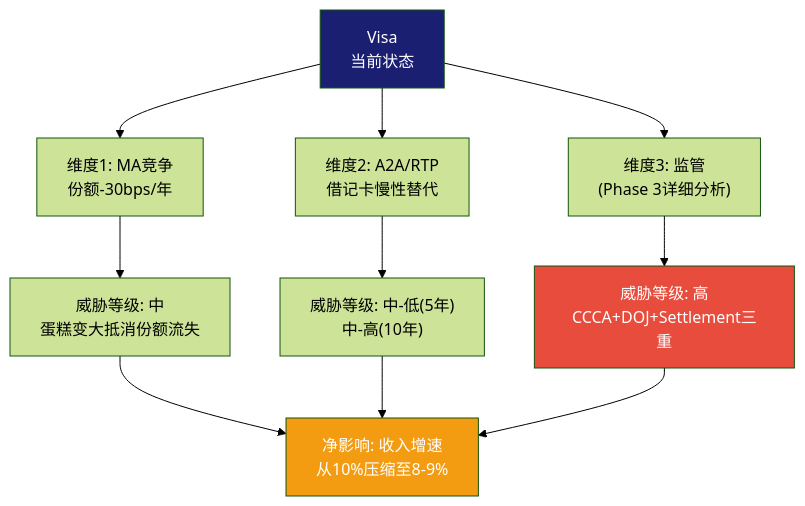
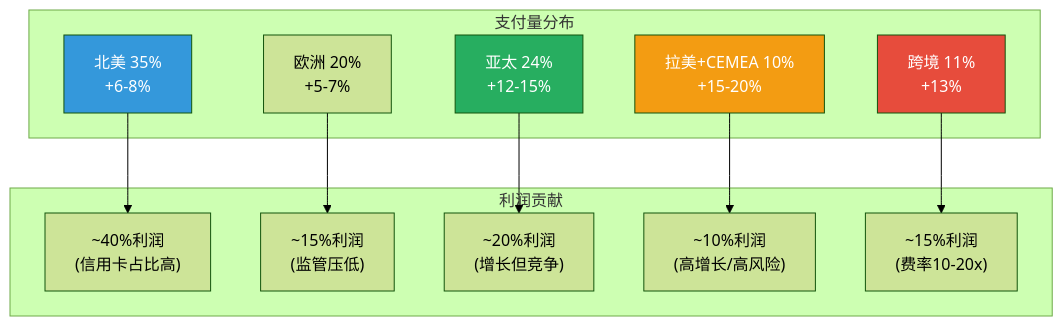
The sixth of 7 diagrams in reports/V/V_Phase1.md (miltonnewyork25-afk/investment-master), drawn with Mermaid (forest theme) before and after one commit. The commit also changed other lines of this file and 1 other file, not shown here.

First line of the commit message:
report(V Phase 1 重写): Ch01-Ch03完成 — 28.8K/Tier 3标准

````diff
--- a/reports/V/V_Phase1.md
+++ b/reports/V/V_Phase1.md
@@ -486,18 +672,29 @@
 ```mermaid
 graph TD
-    V["Visa<br/>当前状态"] --> D1["维度1: MA竞争<br/>份额-30bps/年"]
-    V --> D2["维度2: A2A/RTP<br/>借记卡慢性替代"]
-    V --> D3["维度3: 监管<br/>(Phase 3详细分析)"]
+    subgraph 支付量分布
+        A["北美 35%<br/>+6-8%"]
+        B["欧洲 20%<br/>+5-7%"]
+        C["亚太 24%<br/>+12-15%"]
+        D["拉美+CEMEA 10%<br/>+15-20%"]
+        E["跨境 11%<br/>+13%"]
+    end
 
-    D1 --> R1["威胁等级: 中<br/>蛋糕变大抵消份额流失"]
-    D2 --> R2["威胁等级: 中-低(5年)<br/>中-高(10年)"]
-    D3 --> R3["威胁等级: 高<br/>CCCA+DOJ+Settlement三重"]
+    subgraph 利润贡献
+        A1["~40%利润<br/>(信用卡占比高)"]
+        B1["~15%利润<br/>(监管压低)"]
+        C1["~20%利润<br/>(增长但竞争)"]
+        D1["~10%利润<br/>(高增长/高风险)"]
+        E1["~15%利润<br/>(费率10-20x)"]
+    end
 
-    R1 --> IMPACT["净影响: 收入增速<br/>从10%压缩至8-9%"]
-    R2 --> IMPACT
-    R3 --> IMPACT
+    A --> A1
+    B --> B1
+    C --> C1
+    D --> D1
+    E --> E1
 
-    style V fill:#1A1F71,color:#fff
-    style R3 fill:#E74C3C,color:#fff
-    style IMPACT fill:#F39C12,color:#fff
+    style A fill:#3498DB,color:#fff
+    style C fill:#27AE60,color:#fff
+    style D fill:#F39C12,color:#fff
+    style E fill:#E74C3C,color:#fff
 ```
````
